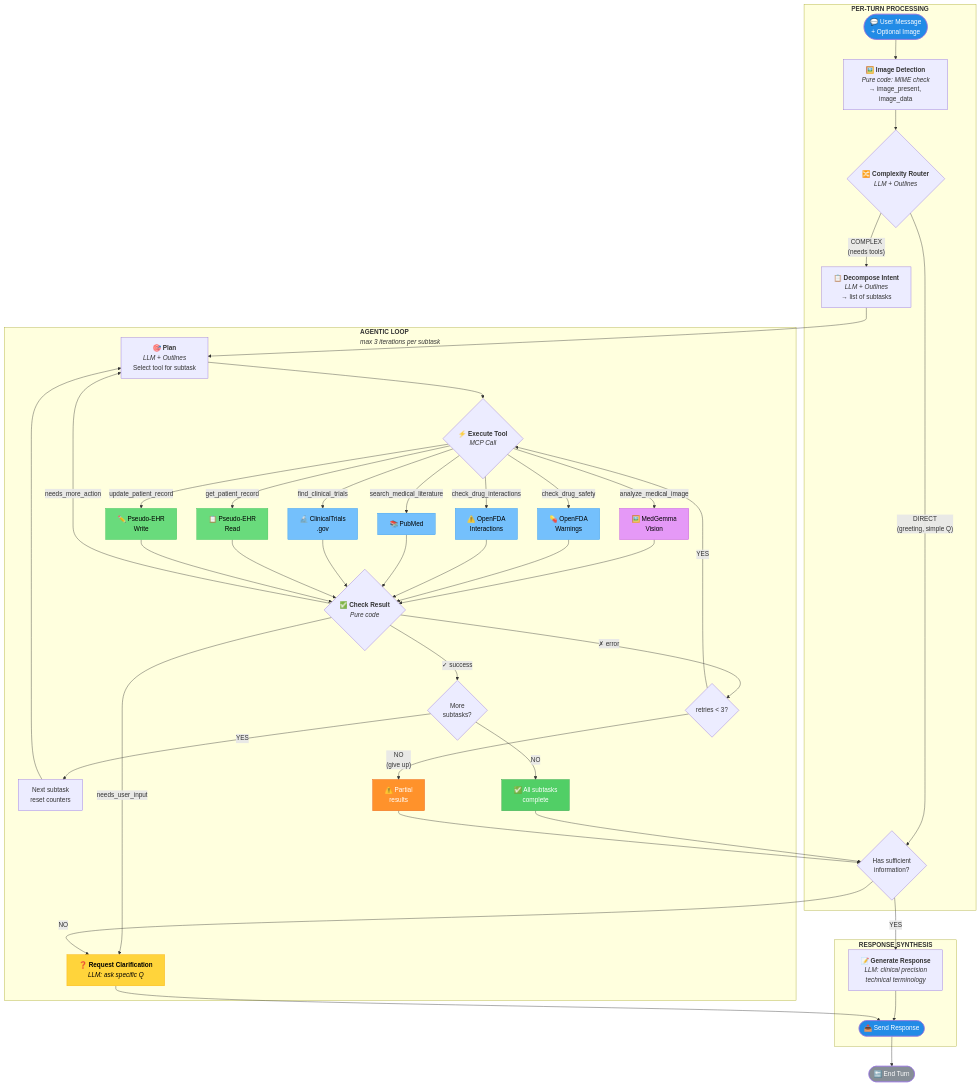
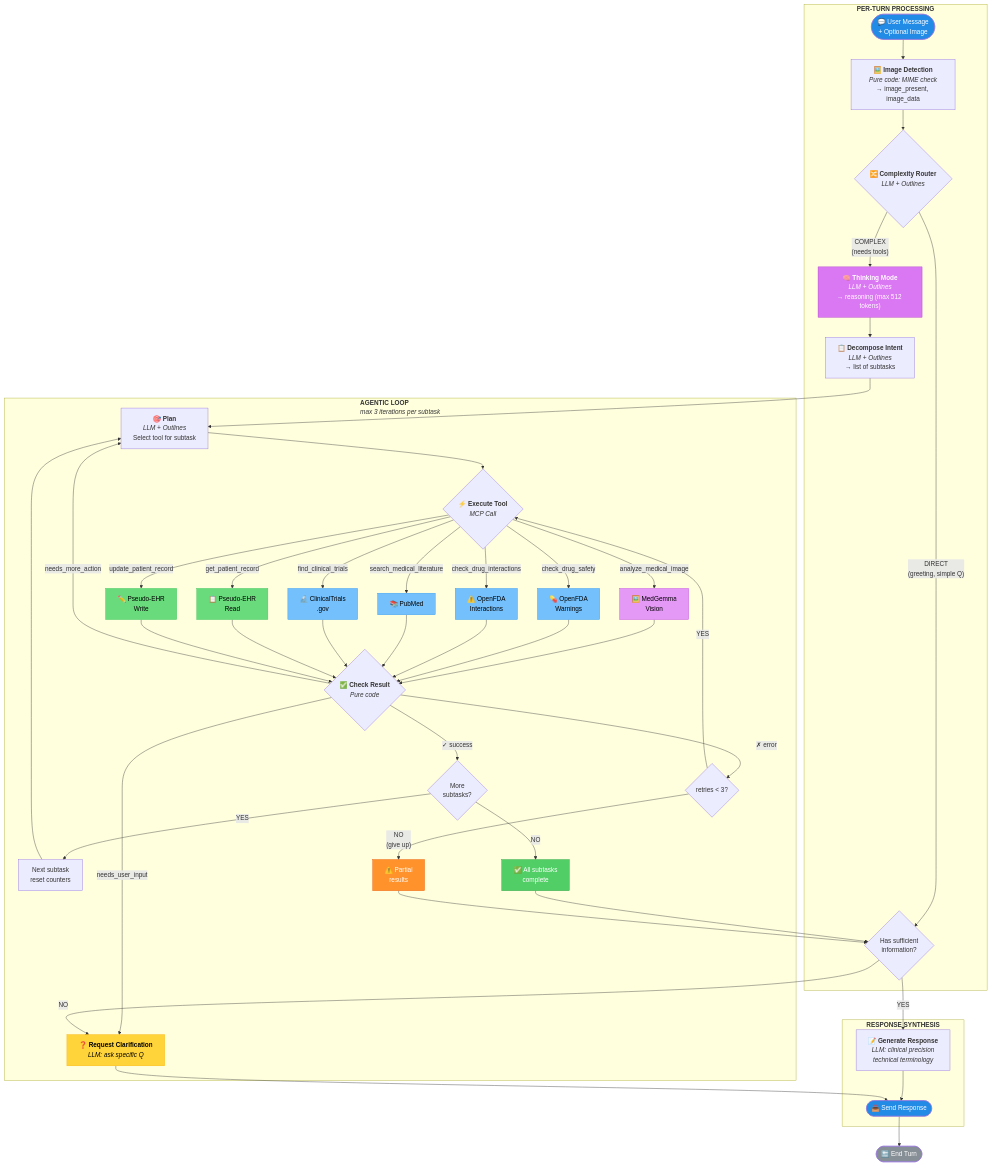
The diagram in doc/DOCGEMMA_FLOWCHART.md (galinilin/docgemma-connect), drawn with Mermaid before and after one commit. The commit also changed other lines of this file and 1 other file, not shown here.

Commit message:
Enabling thinking mode on new version of the graph

````diff
--- a/doc/DOCGEMMA_FLOWCHART.md
+++ b/doc/DOCGEMMA_FLOWCHART.md
@@ -3,76 +3,78 @@
 ```mermaid
 flowchart TD
     subgraph Turn["<b>PER-TURN PROCESSING</b>"]
         T1([💬 User Message<br/>+ Optional Image]) --> T2["<b>🖼️ Image Detection</b><br/><i>Pure code: MIME check</i><br/>→ image_present, image_data"]
         T2 --> T3{"<b>🔀 Complexity Router</b><br/><i>LLM + Outlines</i>"}
         T3 -->|"DIRECT<br/>(greeting, simple Q)"| SYNTH
-        T3 -->|"COMPLEX<br/>(needs tools)"| T4["<b>📋 Decompose Intent</b><br/><i>LLM + Outlines</i><br/>→ list of subtasks"]
+        T3 -->|"COMPLEX<br/>(needs tools)"| T4["<b>🧠 Thinking Mode</b><br/><i>LLM + Outlines</i><br/>→ reasoning (max 512 tokens)"]
+        T4 --> T5["<b>📋 Decompose Intent</b><br/><i>LLM + Outlines</i><br/>→ list of subtasks"]
     end
 
     subgraph Loop["<b>AGENTIC LOOP</b><br/><i>max 3 iterations per subtask</i>"]
         L1["<b>🎯 Plan</b><br/><i>LLM + Outlines</i><br/>Select tool for subtask"]
         L2{"<b>⚡ Execute Tool</b><br/><i>MCP Call</i>"}
         L3{"<b>✅ Check Result</b><br/><i>Pure code</i>"}
         L4{"More<br/>subtasks?"}
         L5{"retries < 3?"}
         
         L1 --> L2
         
         L2 -->|"analyze_medical_image"| TOOL_IMG["🖼️ MedGemma<br/>Vision"]
         L2 -->|"check_drug_safety"| TOOL_FDA["💊 OpenFDA<br/>Warnings"]
         L2 -->|"check_drug_interactions"| TOOL_INT["⚠️ OpenFDA<br/>Interactions"]
         L2 -->|"search_medical_literature"| TOOL_PUB["📚 PubMed"]
         L2 -->|"find_clinical_trials"| TOOL_CT["🔬 ClinicalTrials<br/>.gov"]
         L2 -->|"get_patient_record"| TOOL_EHR["📋 Pseudo-EHR<br/>Read"]
         L2 -->|"update_patient_record"| TOOL_EHRW["✏️ Pseudo-EHR<br/>Write"]
         
         TOOL_IMG --> L3
         TOOL_FDA --> L3
         TOOL_INT --> L3
         TOOL_PUB --> L3
         TOOL_CT --> L3
         TOOL_EHR --> L3
         TOOL_EHRW --> L3
         
         L3 -->|"✓ success"| L4
         L3 -->|"needs_more_action"| L1
         L3 -->|"needs_user_input"| CLARIFY
         L3 -->|"✗ error"| L5
         
         L4 -->|"YES"| L6["Next subtask<br/>reset counters"] --> L1
         L4 -->|"NO"| DONE["✅ All subtasks<br/>complete"]
         
         L5 -->|"YES"| L2
         L5 -->|"NO<br/>(give up)"| PARTIAL["⚠️ Partial<br/>results"]
     end
 
     subgraph Synth["<b>RESPONSE SYNTHESIS</b>"]
         SYNTH{"Has sufficient<br/>information?"}
         SYNTH -->|"YES"| GEN["<b>📝 Generate Response</b><br/><i>LLM: clinical precision</i><br/><i>technical terminology</i>"]
         SYNTH -->|"NO"| CLARIFY["<b>❓ Request Clarification</b><br/><i>LLM: ask specific Q</i>"]
         GEN --> OUT([📤 Send Response])
         CLARIFY --> OUT
     end
 
-    T4 --> L1
+    T5 --> L1
     DONE --> SYNTH
     PARTIAL --> SYNTH
     OUT --> END([🔚 End Turn])
 
     %% Styling
+    style T4 fill:#da77f2,color:#fff,stroke:#ae3ec9
     style DONE fill:#51cf66,color:#fff,stroke:#2f9e44
     style CLARIFY fill:#ffd43b,color:#000,stroke:#fab005
     style PARTIAL fill:#ff922b,color:#fff,stroke:#e8590c
     
     style TOOL_IMG fill:#e599f7,color:#000,stroke:#be4bdb
     style TOOL_FDA fill:#74c0fc,color:#000,stroke:#339af0
     style TOOL_INT fill:#74c0fc,color:#000,stroke:#339af0
     style TOOL_PUB fill:#74c0fc,color:#000,stroke:#339af0
     style TOOL_CT fill:#74c0fc,color:#000,stroke:#339af0
     style TOOL_EHR fill:#69db7c,color:#000,stroke:#40c057
     style TOOL_EHRW fill:#69db7c,color:#000,stroke:#40c057
     
     style T1 fill:#228be6,color:#fff
     style OUT fill:#228be6,color:#fff
     style END fill:#868e96,color:#fff
 ```
````
